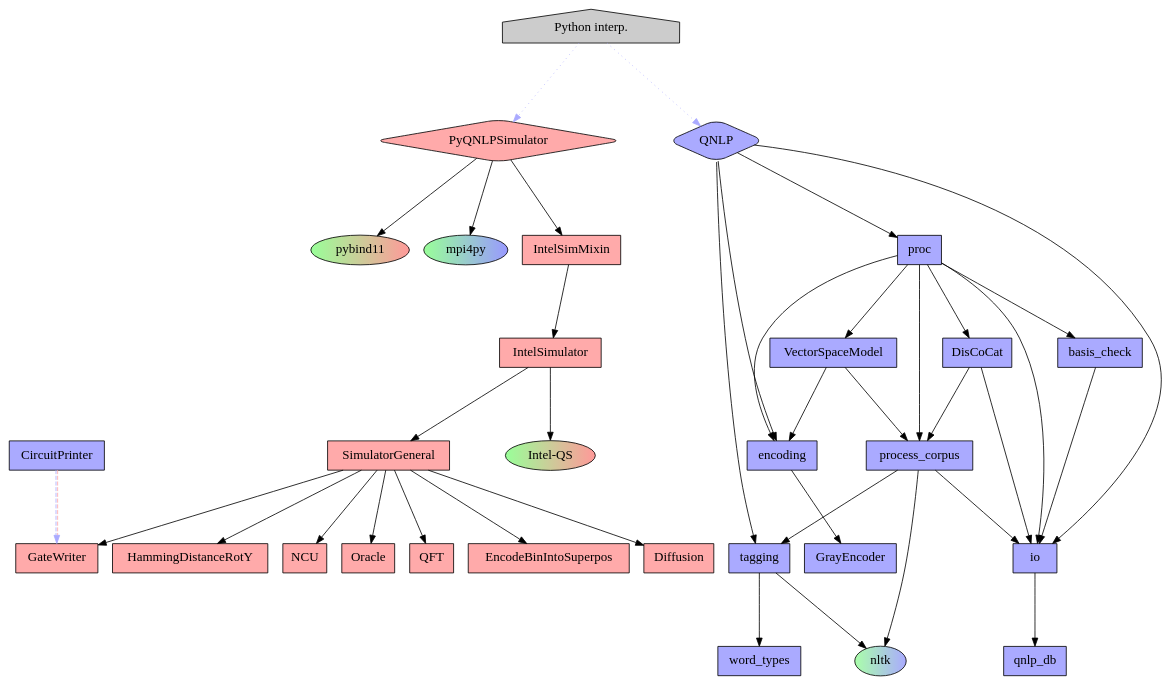
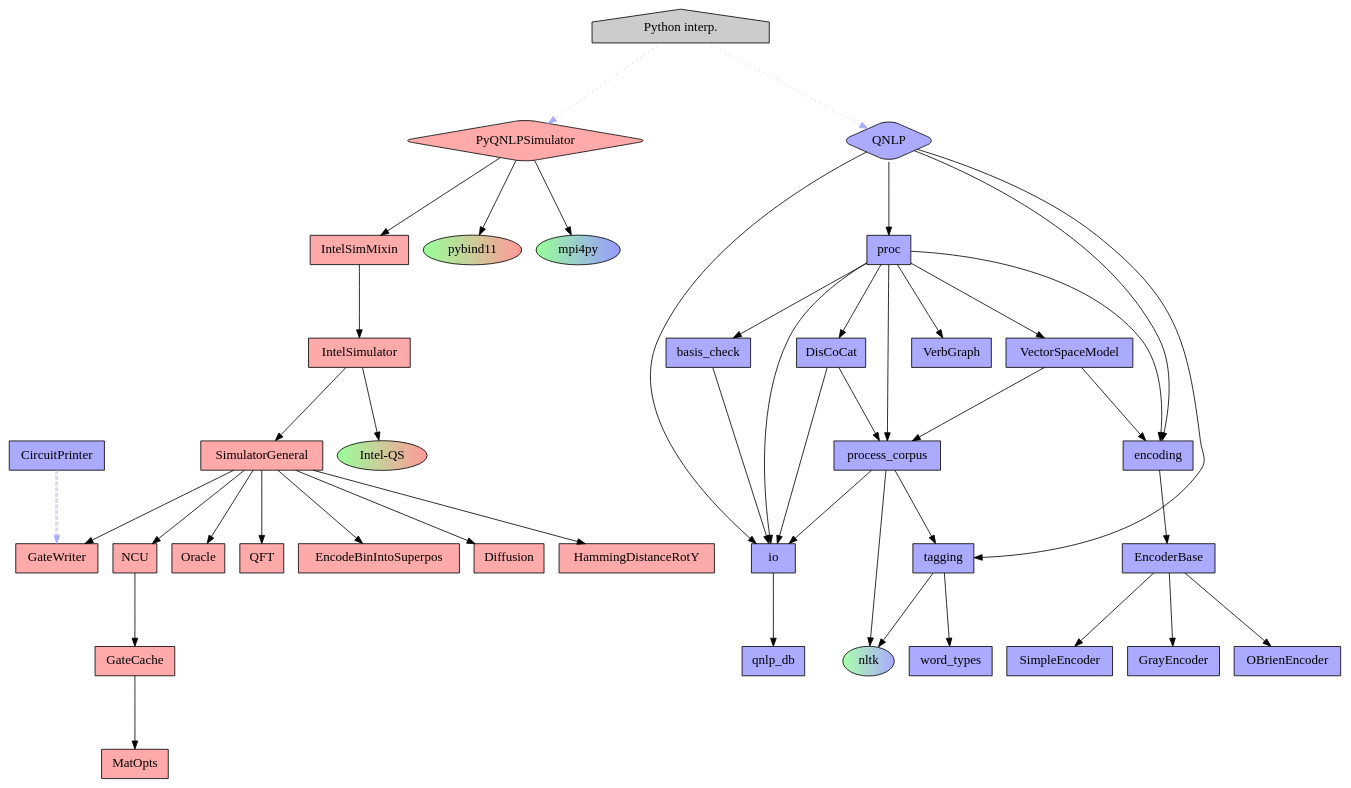
Before and after one commit to ICHEC/QNLP: the diagram in Documents/Design/qnlp_deps.dot, drawn with Graphviz.

Commit message:
Update the depdendency graph layout

```diff
--- a/Documents/Design/qnlp_deps.dot
+++ b/Documents/Design/qnlp_deps.dot
@@ -1,95 +1,108 @@
 digraph "GG" {
 //node [ fontsize = "12"];
 //    compound=true;
     ranksep=1.25;
 
     node [shape=plaintext, fontsize=16, label="" fontname="Fira Code"];
 
     bgcolor=white;
     edge [arrowsize=1, color=black];
     graph[penwidth=0, labelloc="b"];
 
 
     "EncodeBinIntoSuperpos" [ label="EncodeBinIntoSuperpos" shape="box" style=filled fillcolor="#ffaaaa"];
     "Diffusion" [ label="Diffusion" shape="box" style=filled fillcolor="#ffaaaa"];
     "GateWriter" [ label="GateWriter" shape="box" style=filled fillcolor="#ffaaaa"];
     "HammingDistanceRotY" [ label="HammingDistanceRotY" shape="box" style=filled fillcolor="#ffaaaa"];
     "NCU" [ label="NCU" shape="box" style=filled fillcolor="#ffaaaa"];
     "Oracle" [ label="Oracle" shape="box" style=filled fillcolor="#ffaaaa"];
     "QFT" [ label="QFT" shape="box" style=filled fillcolor="#ffaaaa"];
     "IntelSimulator" [ label="IntelSimulator" shape="box" style=filled fillcolor="#ffaaaa"];
     "SimulatorGeneral" [ label="SimulatorGeneral" shape="box" style=filled fillcolor="#ffaaaa"];
     "Intel-QS" [ label="Intel-QS" shape="ellipse" style=filled fillcolor="#99ff99:#ff9999"];
+    "MatOpts" [ label="MatOpts" shape="box" style=filled fillcolor="#ffaaaa"];
+    "GateCache" [ label="GateCache" shape="box" style=filled fillcolor="#ffaaaa"];
 
     "PythonEnv" [ label="Python interp." shape="house" style=filled fillcolor="#cccccc"];
 
     "IntelSimulator" -> "SimulatorGeneral" //SimulatorGeneral -> IntelSimulator
     "IntelSimulator" -> "Intel-QS" // qnlp_simulator -> qhipster
     "SimulatorGeneral" -> "EncodeBinIntoSuperpos" // qnlp_simulator -> qnlp_binencode
     "SimulatorGeneral" -> "Diffusion" // qnlp_simulator -> qnlp_diffusion
     "SimulatorGeneral" -> "GateWriter" // qnlp_simulator -> qnlp_gatewriter
     "SimulatorGeneral" -> "HammingDistanceRotY" // qnlp_simulator -> qnlp_hamming_RotY_amplification
     "SimulatorGeneral" -> "NCU" // qnlp_simulator -> qnlp_ncu
     "SimulatorGeneral" -> "Oracle" // qnlp_simulator -> qnlp_oracle
     "SimulatorGeneral" -> "QFT" // qnlp_simulator -> qnlp_qft
+
+    "NCU" -> "GateCache"
+    "GateCache" -> "MatOpts"
 
     "QNLPModule" [ label="QNLP" shape="box" fillcolor="#aaaaff" style="rounded,filled", shape=diamond];
     "CircuitPrinterModule" [ label="CircuitPrinter" shape="box" style=filled fillcolor="#aaaaff"];
     "CircuitPrinterModule" -> "GateWriter" [color="#aaaaff:#ffaaaa", style=dashed]
 
     "QNLPencoding" [ label="encoding" shape="box" style=filled fillcolor="#aaaaff"];
     "QNLPio" [ label="io" shape="box" style=filled fillcolor="#aaaaff"];
     "QNLPproc" [ label="proc" shape="box" style=filled fillcolor="#aaaaff"];
     "QNLPtagging" [ label="tagging" shape="box" style=filled fillcolor="#aaaaff"];
 
 
     "QNLPModule" -> "QNLPencoding"
     "QNLPModule" -> "QNLPio"
     "QNLPModule" -> "QNLPproc"
     "QNLPModule" -> "QNLPtagging"
 
+    "EncoderBase" [ label="EncoderBase" shape="box" style=filled fillcolor="#aaaaff"];    
     "GrayEncoder" [ label="GrayEncoder" shape="box" style=filled fillcolor="#aaaaff"];    
+    "OBrienEncoder" [ label="OBrienEncoder" shape="box" style=filled fillcolor="#aaaaff"];    
+    "SimpleEncoder" [ label="SimpleEncoder" shape="box" style=filled fillcolor="#aaaaff"];    
     "qnlp_db" [ label="qnlp_db"  shape="box" style=filled fillcolor="#aaaaff"];
     "basis_check" [ label="basis_check"  shape="box" style=filled fillcolor="#aaaaff"];
     "DisCoCat" [ label="DisCoCat"  shape="box" style=filled fillcolor="#aaaaff"];
     "process_corpus" [ label="process_corpus"  shape="box" style=filled fillcolor="#aaaaff"];
     "VectorSpaceModel" [ label="VectorSpaceModel"  shape="box" style=filled fillcolor="#aaaaff"];
+    "VerbGraph" [ label="VerbGraph"  shape="box" style=filled fillcolor="#aaaaff"];
 
     "QNLPio" -> "qnlp_db"
 
     "QNLPproc" -> "QNLPencoding"
-    "QNLPencoding" -> "GrayEncoder"
+    "QNLPencoding" -> "EncoderBase"
+    "EncoderBase" -> "GrayEncoder"
+    "EncoderBase" -> "OBrienEncoder"
+    "EncoderBase" -> "SimpleEncoder"
 
     "QNLPproc" -> "QNLPio"
     "QNLPproc" -> "basis_check"
     "QNLPproc" -> "DisCoCat"
     "QNLPproc" -> "process_corpus" 
     "QNLPproc" -> "VectorSpaceModel"
+    "QNLPproc" -> "VerbGraph"
     "basis_check" -> "QNLPio"
     "DisCoCat" -> "QNLPio"
     "process_corpus" -> "QNLPio"
     "DisCoCat" -> "process_corpus"
     "VectorSpaceModel" -> "process_corpus"
     "VectorSpaceModel" -> "QNLPencoding"
     "process_corpus" -> "QNLPtagging"
 
     "nltk" [ label="nltk" shape="ellipse" style=filled fillcolor="#aaffaa:#aaaaff"];
     "word_types" [ label="word_types" shape="box" style=filled fillcolor="#aaaaff"];
     
 
     "QNLPtagging" -> "nltk"
     "QNLPtagging" -> "word_types"
     "process_corpus" -> "nltk"
 
     "pybind11" [ label="pybind11" shape="ellipse" style=filled fillcolor="#99ff99:#ff9999"];
     "mpi4py" [ label="mpi4py" shape="ellipse" style=filled fillcolor="#99ff99:#9999ff"];
     "Pylib" [ label="PyQNLPSimulator" shape="ellipse" style="rounded,filled", shape=diamond fillcolor="#ffaaaa"];
     "IntelSimMixin" [ label="IntelSimMixin" shape="box" style=filled fillcolor="#ffaaaa"];
     "IntelSimMixin" -> "IntelSimulator"
     "Pylib" -> "IntelSimMixin" 
     "Pylib" -> "pybind11"
     "Pylib" -> "mpi4py"
 
     "PythonEnv" -> "QNLPModule" [color="#aaaaff", style=dotted]
     "PythonEnv" -> "Pylib" [color="#aaaaff", style=dotted]
 }
```
